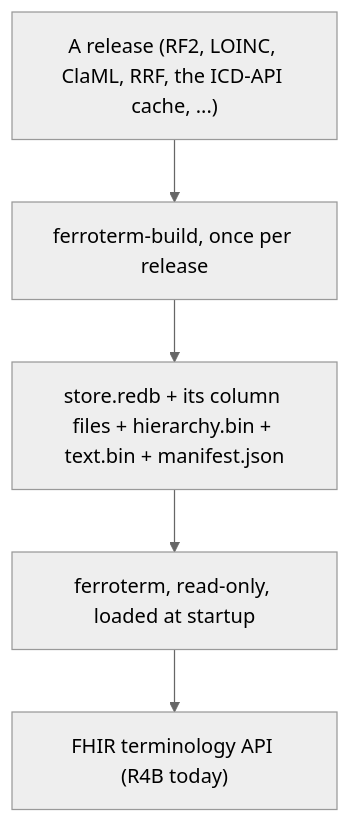
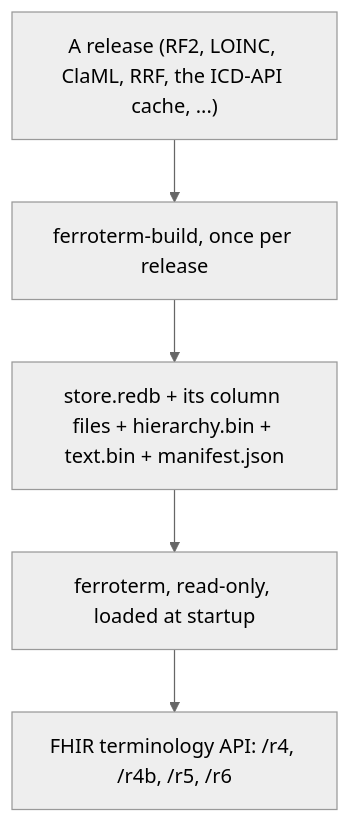
One commit to FerroHEALTH/FerroTERM changed the diagram in website/book/src/evaluate/architecture.md. Above: the diagram before and after it, drawn with Mermaid (neutral theme). The commit also changed other lines of this file and 10 other files, not shown here.

````diff
--- a/website/book/src/evaluate/architecture.md
+++ b/website/book/src/evaluate/architecture.md
@@ -18,7 +18,7 @@
 ```mermaid
 graph TD
     R["A release (RF2, LOINC, ClaML, RRF, the ICD-API cache, ...)"] --> BUILD["ferroterm-build, once per release"]
     BUILD --> IDX["store.redb + its column files + hierarchy.bin + text.bin + manifest.json"]
     IDX --> SRV["ferroterm, read-only, loaded at startup"]
-    SRV --> API["FHIR terminology API (R4B today)"]
+    SRV --> API["FHIR terminology API: /r4, /r4b, /r5, /r6"]
 ```
````
